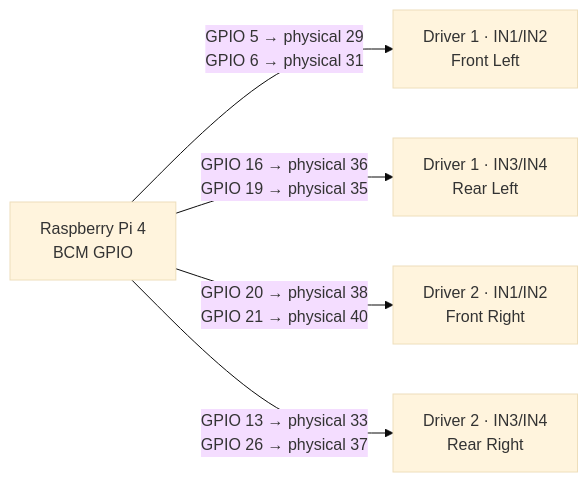
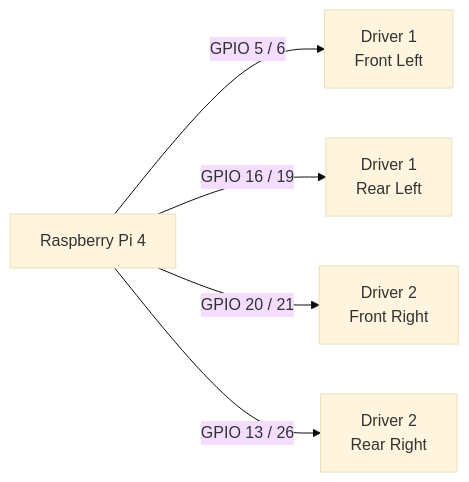
One commit to william-thompsonthe1st/STEM-Research-Academy changed the fourth of 7 diagrams in README.md. Above: the diagram before and after it, drawn with Mermaid (base theme). The commit also changed other lines of this file, not shown here.

Commit message:
docs: add future research roadmap

````diff
--- a/README.md
+++ b/README.md
@@ -117,8 +90,7 @@
 ```mermaid
 flowchart LR
-    PI["Raspberry Pi 4\nBCM GPIO"]
-    PI -->|"GPIO 5 → physical 29\nGPIO 6 → physical 31"| FL["Driver 1 · IN1/IN2\nFront Left"]
-    PI -->|"GPIO 16 → physical 36\nGPIO 19 → physical 35"| RL["Driver 1 · IN3/IN4\nRear Left"]
-    PI -->|"GPIO 20 → physical 38\nGPIO 21 → physical 40"| FR["Driver 2 · IN1/IN2\nFront Right"]
-    PI -->|"GPIO 13 → physical 33\nGPIO 26 → physical 37"| RR["Driver 2 · IN3/IN4\nRear Right"]
+    PI["Raspberry Pi 4"] -->|"GPIO 5 / 6"| FL["Driver 1\nFront Left"]
+    PI -->|"GPIO 16 / 19"| RL["Driver 1\nRear Left"]
+    PI -->|"GPIO 20 / 21"| FR["Driver 2\nFront Right"]
+    PI -->|"GPIO 13 / 26"| RR["Driver 2\nRear Right"]
 ```
````
